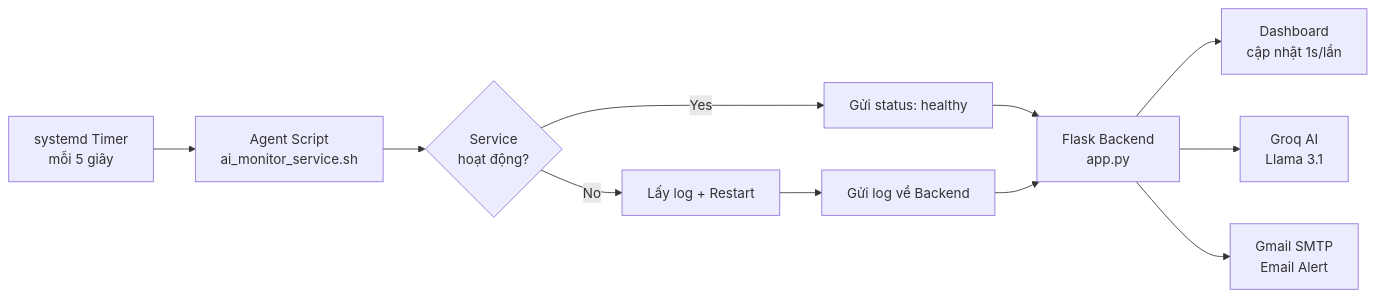
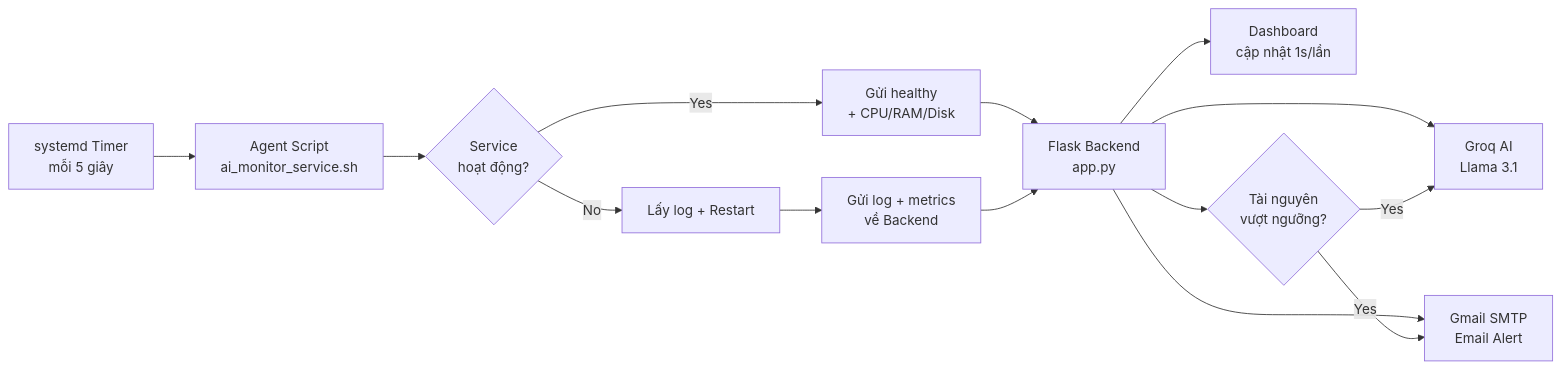
The diagram in README.md (KH4NHTU0NG/OSG_PROJECT), drawn with Mermaid before and after one commit. The commit also changed other lines of this file, not shown here.

````diff
--- a/README.md
+++ b/README.md
@@ -23,13 +24,16 @@
 ```mermaid
 graph LR
     A[systemd Timer<br>mỗi 5 giây] --> B[Agent Script<br>ai_monitor_service.sh]
     B --> C{Service<br>hoạt động?}
-    C -->|Yes| D[Gửi status: healthy]
+    C -->|Yes| D[Gửi healthy<br>+ CPU/RAM/Disk]
     C -->|No| E[Lấy log + Restart]
-    E --> F[Gửi log về Backend]
+    E --> F[Gửi log + metrics<br>về Backend]
     D --> G[Flask Backend<br>app.py]
     F --> G
     G --> H[Dashboard<br>cập nhật 1s/lần]
     G --> I[Groq AI<br>Llama 3.1]
     G --> J[Gmail SMTP<br>Email Alert]
+    G --> K{Tài nguyên<br>vượt ngưỡng?}
+    K -->|Yes| I
+    K -->|Yes| J
 ```
````
